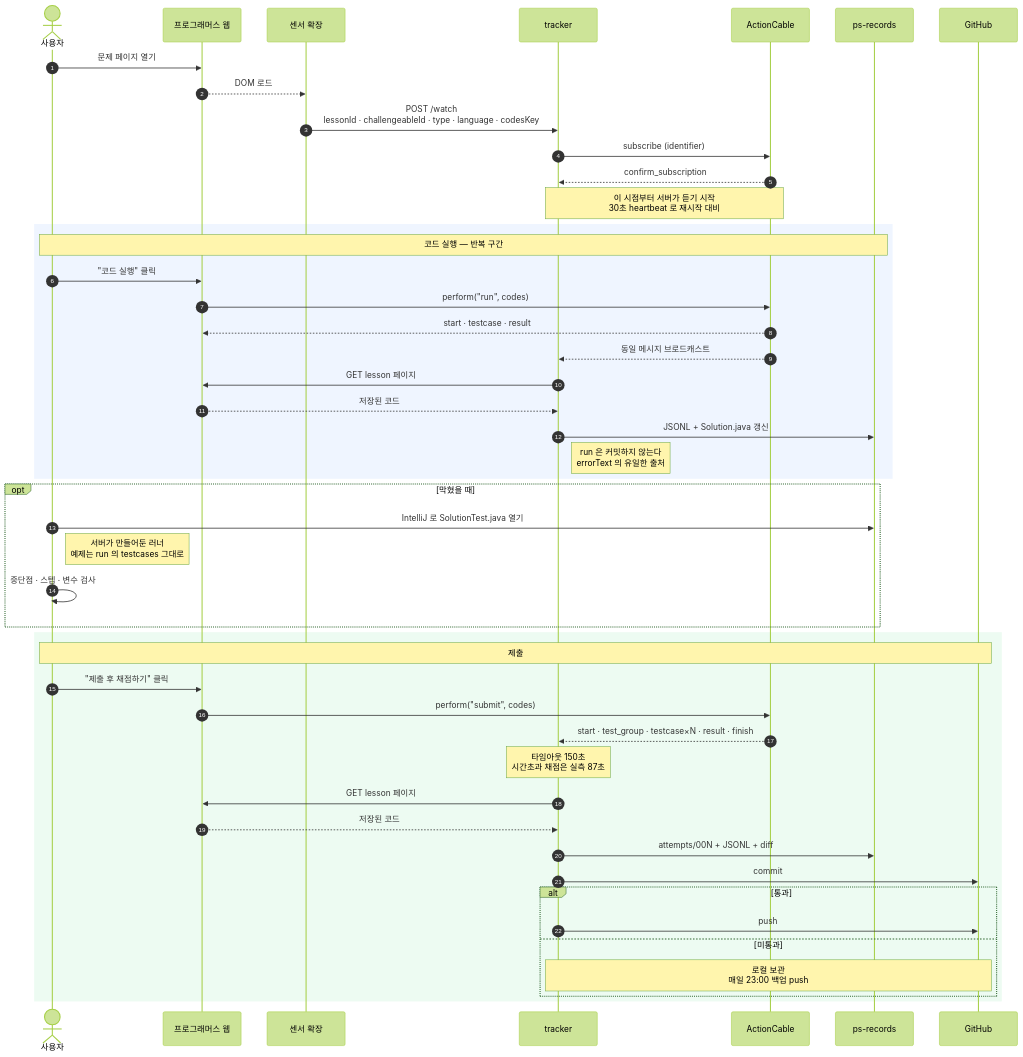
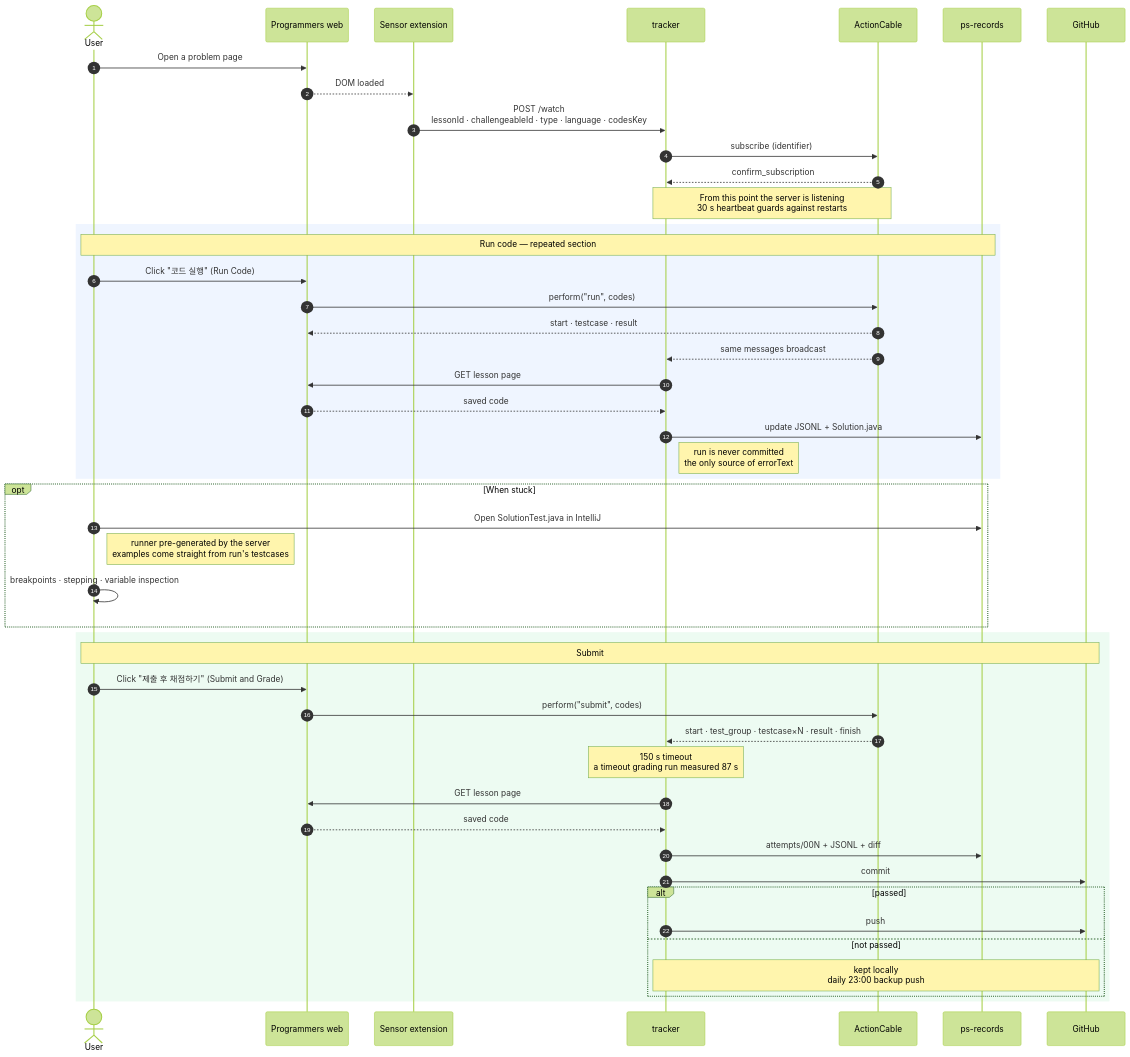
One commit to BrokenFinger98/programmers-tracker changed the second of 3 diagrams in docs/superpowers/specs/2026-08-04-programmers-tracker-design.md. Above: the diagram before and after it, drawn with Mermaid (forest theme). The commit also changed other lines of this file and 39 other files, not shown here.

````diff
--- a/docs/superpowers/specs/2026-08-04-programmers-tracker-design.md
+++ b/docs/superpowers/specs/2026-08-04-programmers-tracker-design.md
@@ -130,53 +134,53 @@
 ```mermaid
 sequenceDiagram
     autonumber
-    actor U as 사용자
-    participant W as 프로그래머스 웹
-    participant X as 센서 확장
+    actor U as User
+    participant W as Programmers web
+    participant X as Sensor extension
     participant S as tracker
     participant C as ActionCable
     participant D as ps-records
     participant G as GitHub
 
-    U->>W: 문제 페이지 열기
-    W-->>X: DOM 로드
+    U->>W: Open a problem page
+    W-->>X: DOM loaded
     X->>S: POST /watch<br/>lessonId · challengeableId · type · language · codesKey
     S->>C: subscribe (identifier)
     C-->>S: confirm_subscription
-    Note over S,C: 이 시점부터 서버가 듣기 시작<br/>30초 heartbeat 로 재시작 대비
+    Note over S,C: From this point the server is listening<br/>30 s heartbeat guards against restarts
 
     rect rgba(59,130,246,0.08)
-        Note over U,D: 코드 실행 — 반복 구간
-        U->>W: "코드 실행" 클릭
+        Note over U,D: Run code — repeated section
+        U->>W: Click "코드 실행" (Run Code)
         W->>C: perform("run", codes)
         C-->>W: start · testcase · result
-        C-->>S: 동일 메시지 브로드캐스트
-        S->>W: GET lesson 페이지
-        W-->>S: 저장된 코드
-        S->>D: JSONL + Solution.java 갱신
-        Note right of S: run 은 커밋하지 않는다<br/>errorText 의 유일한 출처
+        C-->>S: same messages broadcast
+        S->>W: GET lesson page
+        W-->>S: saved code
+        S->>D: update JSONL + Solution.java
+        Note right of S: run is never committed<br/>the only source of errorText
     end
 
-    opt 막혔을 때
-        U->>D: IntelliJ 로 SolutionTest.java 열기
-        Note right of U: 서버가 만들어둔 러너<br/>예제는 run 의 testcases 그대로
-        U->>U: 중단점 · 스텝 · 변수 검사
+    opt When stuck
+        U->>D: Open SolutionTest.java in IntelliJ
+        Note right of U: runner pre-generated by the server<br/>examples come straight from run's testcases
+        U->>U: breakpoints · stepping · variable inspection
     end
 
     rect rgba(34,197,94,0.08)
-        Note over U,G: 제출
-        U->>W: "제출 후 채점하기" 클릭
+        Note over U,G: Submit
+        U->>W: Click "제출 후 채점하기" (Submit and Grade)
         W->>C: perform("submit", codes)
         C-->>S: start · test_group · testcase×N · result · finish
-        Note over S: 타임아웃 150초<br/>시간초과 채점은 실측 87초
-        S->>W: GET lesson 페이지
-        W-->>S: 저장된 코드
+        Note over S: 150 s timeout<br/>a timeout grading run measured 87 s
+        S->>W: GET lesson page
+        W-->>S: saved code
         S->>D: attempts/00N + JSONL + diff
         S->>G: commit
-        alt 통과
+        alt passed
             S->>G: push
-        else 미통과
-            Note over S,G: 로컬 보관<br/>매일 23:00 백업 push
+        else not passed
+            Note over S,G: kept locally<br/>daily 23:00 backup push
         end
     end
 ```
````
